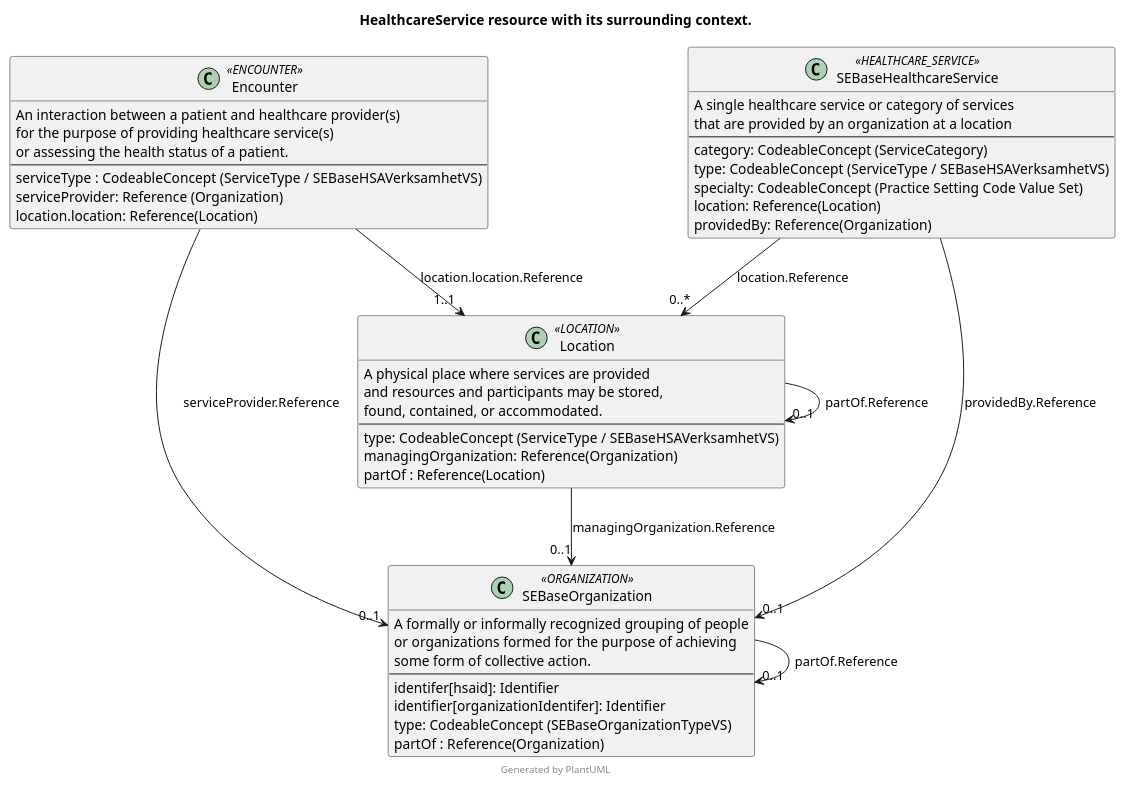
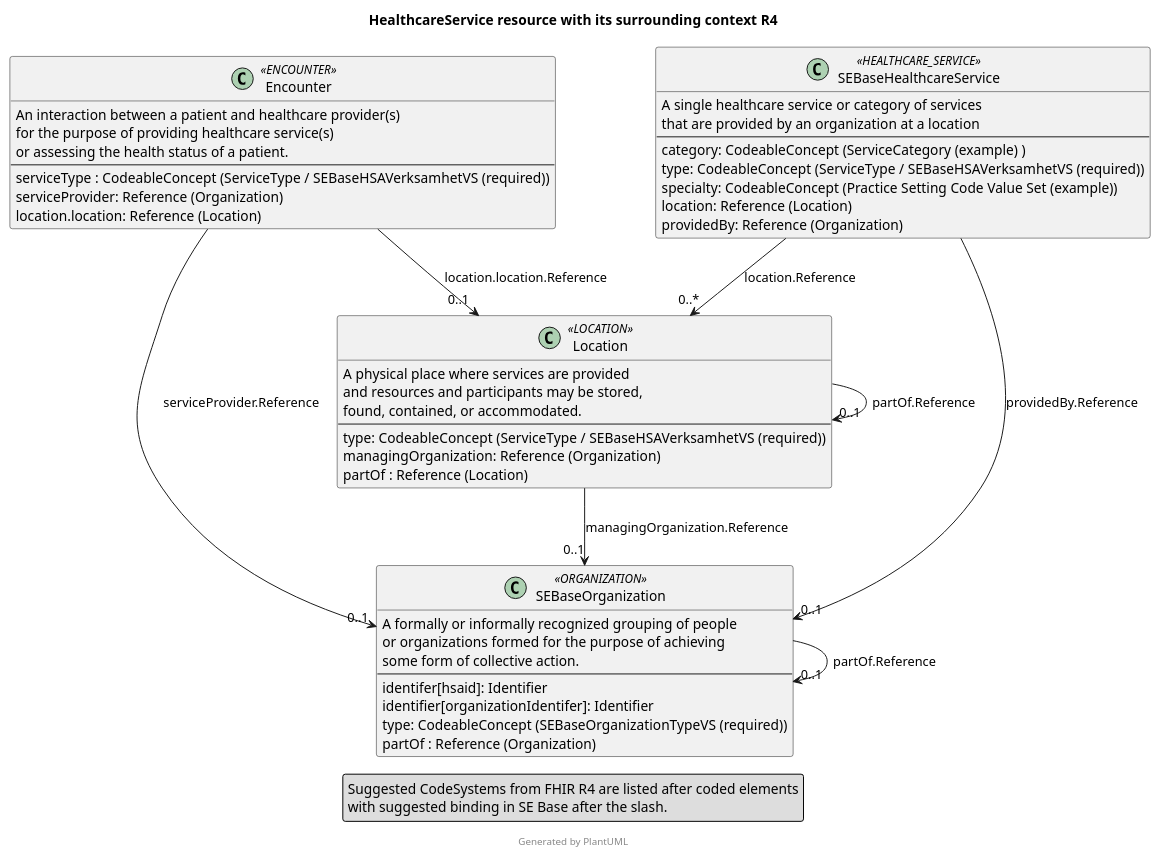
The diagram in input/images-source/SEBaseHealthcareService.plantuml (HL7Sweden/basprofiler-r4), drawn with PlantUML before and after one commit. The commit also changed 6 other files, not shown here.

Commit message:
created profiles according to diagramme present on the healtcareservice-profile page.

```diff
--- a/input/images-source/SEBaseHealthcareService.plantuml
+++ b/input/images-source/SEBaseHealthcareService.plantuml
@@ -1,59 +1,64 @@
 @startuml 
-title "HealthcareService resource with its surrounding context."
+title "HealthcareService resource with its surrounding context R4"
 skinparam classAttributeIconSize 0
 skinparam roundcorner 5
 
 class "Encounter" as Enc <<ENCOUNTER>> {
     An interaction between a patient and healthcare provider(s)
     for the purpose of providing healthcare service(s)
     or assessing the health status of a patient.
     ---
-    serviceType : CodeableConcept (ServiceType / SEBaseHSAVerksamhetVS)
+    serviceType : CodeableConcept (ServiceType / SEBaseHSAVerksamhetVS (required))
     serviceProvider: Reference (Organization)
-    location.location: Reference(Location)
+    location.location: Reference (Location)
 }
 
 
 class "SEBaseOrganization" as Org <<ORGANIZATION>> {
     A formally or informally recognized grouping of people
     or organizations formed for the purpose of achieving 
     some form of collective action.
     ---
-    identifer[hsaid]: Identifier
+    identifer[hsaid]: Identifier 
     identifier[organizationIdentifer]: Identifier
-    type: CodeableConcept (SEBaseOrganizationTypeVS) 
-    partOf : Reference(Organization)
+    type: CodeableConcept (SEBaseOrganizationTypeVS (required)) 
+    partOf : Reference (Organization)
 }
 
 class "SEBaseHealthcareService" as HSvc <<HEALTHCARE_SERVICE>> {
     A single healthcare service or category of services
     that are provided by an organization at a location
     ---
-    category: CodeableConcept (ServiceCategory)
-    type: CodeableConcept (ServiceType / SEBaseHSAVerksamhetVS)
-    specialty: CodeableConcept (Practice Setting Code Value Set) 
-    location: Reference(Location)
-    providedBy: Reference(Organization)
+    category: CodeableConcept (ServiceCategory (example) )
+    type: CodeableConcept (ServiceType / SEBaseHSAVerksamhetVS (required))
+    specialty: CodeableConcept (Practice Setting Code Value Set (example)) 
+    location: Reference (Location)
+    providedBy: Reference (Organization)
 }
 
 class "Location" as Loc <<LOCATION>> {
     A physical place where services are provided 
     and resources and participants may be stored, 
     found, contained, or accommodated.
     ---
-    type: CodeableConcept (ServiceType / SEBaseHSAVerksamhetVS)
-    managingOrganization: Reference(Organization)
-    partOf : Reference(Location)
+    type: CodeableConcept (ServiceType / SEBaseHSAVerksamhetVS (required))
+    managingOrganization: Reference (Organization)
+    partOf : Reference (Location)
 }
 
 
 Enc --> "0..1" Org : "serviceProvider.Reference"
 HSvc --> "0..1" Org : "providedBy.Reference"
 Org --> "0..1" Org : "partOf.Reference"
 HSvc --> "0..*" Loc : "location.Reference"
-Enc --> "1..1" Loc : "location.location.Reference"
+Enc --> "0..1" Loc : "location.location.Reference"
 Loc --> "0..1" Org : "managingOrganization.Reference"
 Loc --> "0..1" Loc : "partOf.Reference"
 footer Generated by PlantUML
 
+legend
+  Suggested CodeSystems from FHIR R4 are listed after coded elements
+  with suggested binding in SE Base after the slash.
+end legend
+
 @enduml
```
